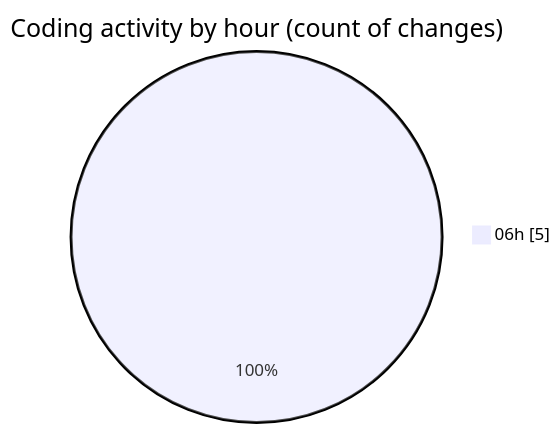
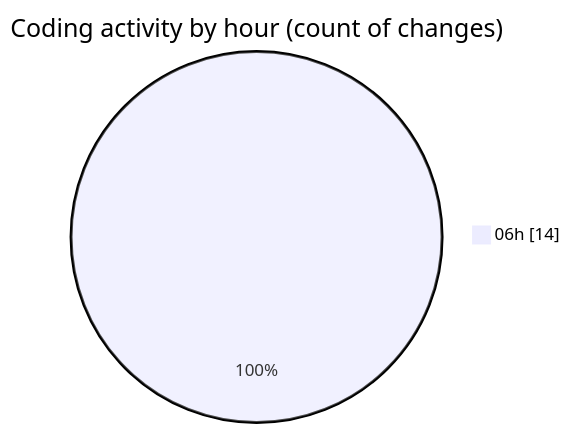
The second of 2 diagrams in 2025-02-25/mbc-web/README.md (robertbonfada/code-tracking), drawn with Mermaid before and after one commit. The commit also changed other lines of this file and 1 other file, not shown here.

````diff
--- a/2025-02-25/mbc-web/README.md
+++ b/2025-02-25/mbc-web/README.md
@@ -28,5 +31,5 @@
 ```mermaid
 pie showData
 title Coding activity by hour (count of changes)
-"06h" : 5
+"06h" : 14
 ```
````
